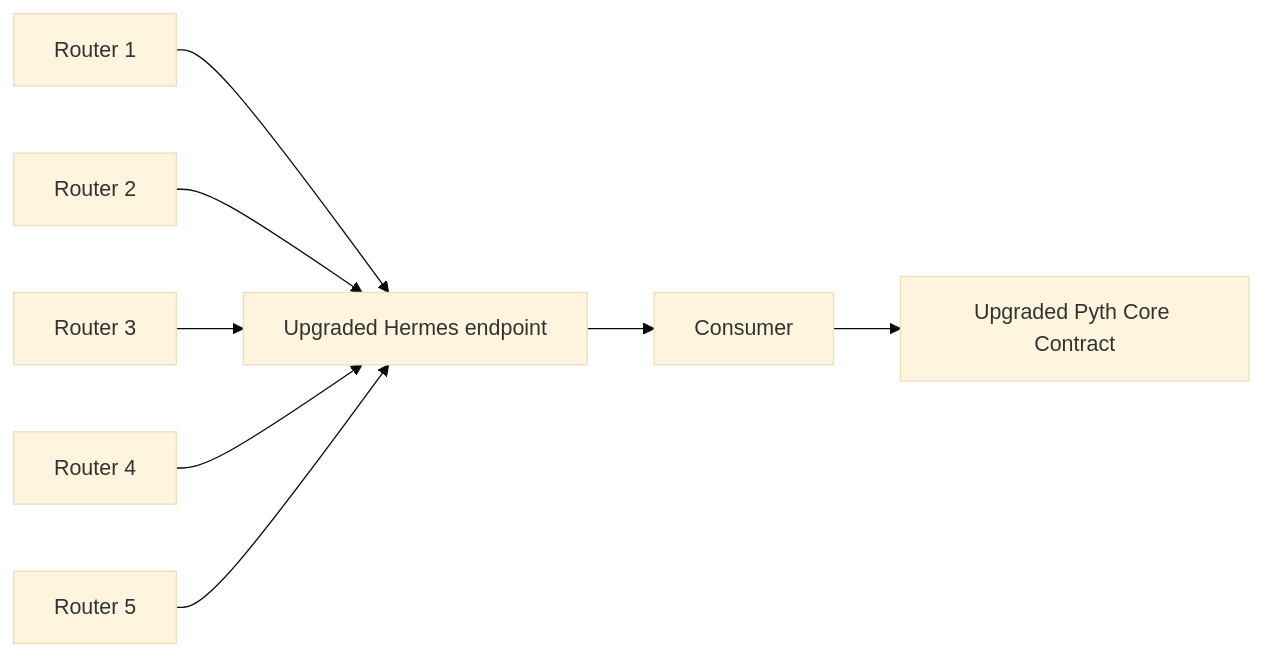
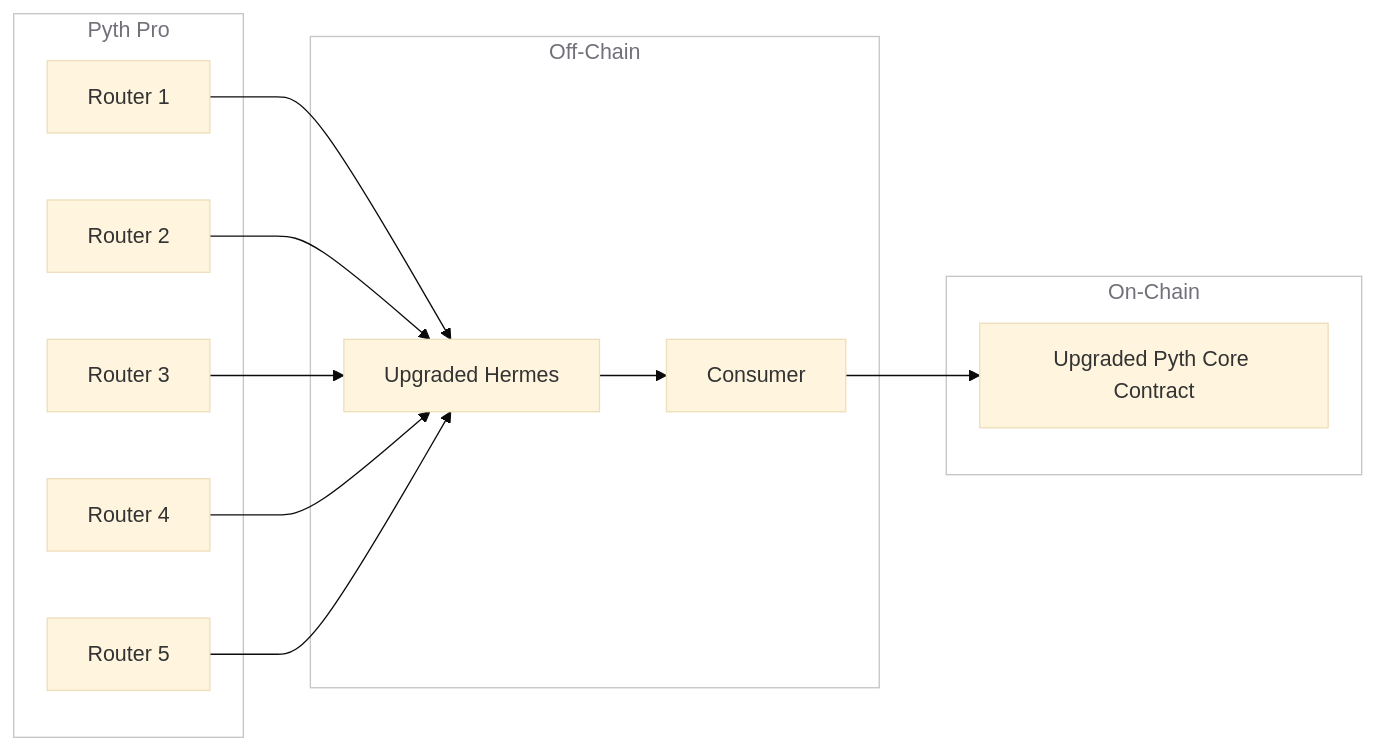
One commit to pyth-network/pyth-crosschain changed the diagram in apps/developer-hub/content/docs/price-feeds/core/upgrade/how-it-works.mdx. Above: the diagram before and after it, drawn with Mermaid (base theme).

````diff
--- a/apps/developer-hub/content/docs/price-feeds/core/upgrade/how-it-works.mdx
+++ b/apps/developer-hub/content/docs/price-feeds/core/upgrade/how-it-works.mdx
@@ -14,10 +14,32 @@
 ```mermaid
-flowchart LR
-  R1[Router 1] --> H[Upgraded Hermes endpoint]
-  R2[Router 2] --> H
-  R3[Router 3] --> H
-  R4[Router 4] --> H
-  R5[Router 5] --> H
-  H --> C[Consumer]
-  C --> P[Upgraded Pyth Core Contract]
+graph LR
+  subgraph PythPro ["<span style='color:#71717a'>Pyth Pro</span>"]
+    R1[Router 1]
+    R2[Router 2]
+    R3[Router 3]
+    R4[Router 4]
+    R5[Router 5]
+  end
+
+  subgraph OffChain ["<span style='color:#71717a'>Off-Chain</span>"]
+    H[Upgraded Hermes]
+    C[Consumer]
+  end
+
+  subgraph OnChain ["<span style='color:#71717a'>On-Chain</span>"]
+    P[Upgraded Pyth Core Contract]
+  end
+
+  R1 --> H
+  R2 --> H
+  R3 --> H
+  R4 --> H
+  R5 --> H
+
+  H --> C
+  C --> P
+
+  style PythPro fill:none,stroke:#71717a,stroke-opacity:0.4
+  style OffChain fill:none,stroke:#71717a,stroke-opacity:0.4
+  style OnChain fill:none,stroke:#71717a,stroke-opacity:0.4
 ```
````
